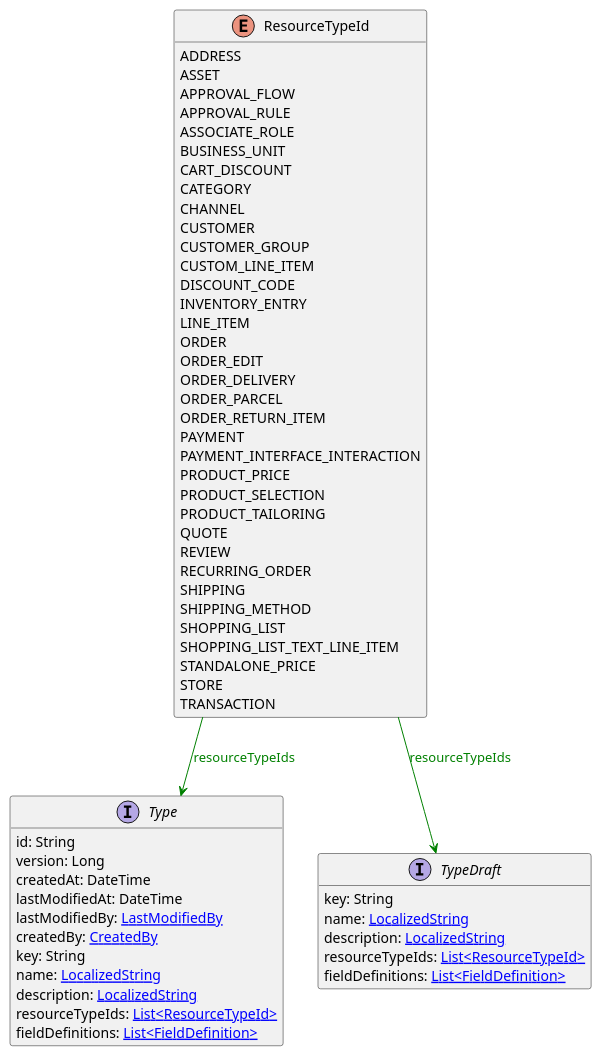
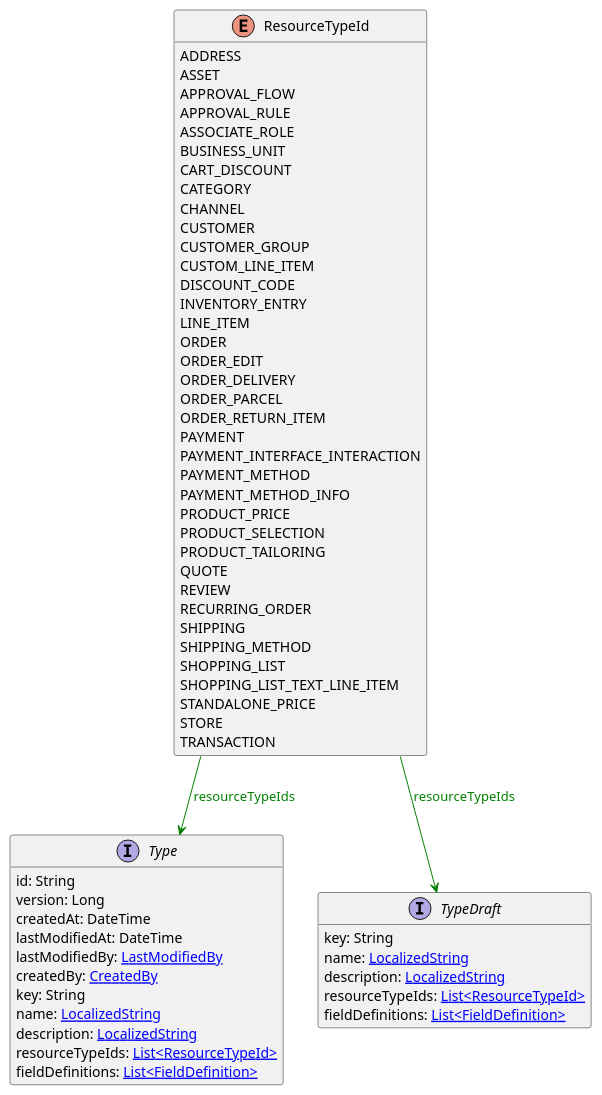
The diagram in uml/api/ResourceTypeId.puml (commercetools/commercetools-api-reference), drawn with PlantUML before and after one commit. The commit also changed 2 other files, not shown here.

```diff
--- a/uml/api/ResourceTypeId.puml
+++ b/uml/api/ResourceTypeId.puml
@@ -1,63 +1,65 @@
 @startuml
 
 hide methods
 enum ResourceTypeId {
     ADDRESS
     ASSET
     APPROVAL_FLOW
     APPROVAL_RULE
     ASSOCIATE_ROLE
     BUSINESS_UNIT
     CART_DISCOUNT
     CATEGORY
     CHANNEL
     CUSTOMER
     CUSTOMER_GROUP
     CUSTOM_LINE_ITEM
     DISCOUNT_CODE
     INVENTORY_ENTRY
     LINE_ITEM
     ORDER
     ORDER_EDIT
     ORDER_DELIVERY
     ORDER_PARCEL
     ORDER_RETURN_ITEM
     PAYMENT
     PAYMENT_INTERFACE_INTERACTION
+    PAYMENT_METHOD
+    PAYMENT_METHOD_INFO
     PRODUCT_PRICE
     PRODUCT_SELECTION
     PRODUCT_TAILORING
     QUOTE
     REVIEW
     RECURRING_ORDER
     SHIPPING
     SHIPPING_METHOD
     SHOPPING_LIST
     SHOPPING_LIST_TEXT_LINE_ITEM
     STANDALONE_PRICE
     STORE
     TRANSACTION
 }
 interface Type [[Type.svg]]  {
     id: String
     version: Long
     createdAt: DateTime
     lastModifiedAt: DateTime
     lastModifiedBy: [[LastModifiedBy.svg LastModifiedBy]]
     createdBy: [[CreatedBy.svg CreatedBy]]
     key: String
     name: [[LocalizedString.svg LocalizedString]]
     description: [[LocalizedString.svg LocalizedString]]
     resourceTypeIds: [[ResourceTypeId.svg List<ResourceTypeId>]]
     fieldDefinitions: [[FieldDefinition.svg List<FieldDefinition>]]
 }
 interface TypeDraft [[TypeDraft.svg]]  {
     key: String
     name: [[LocalizedString.svg LocalizedString]]
     description: [[LocalizedString.svg LocalizedString]]
     resourceTypeIds: [[ResourceTypeId.svg List<ResourceTypeId>]]
     fieldDefinitions: [[FieldDefinition.svg List<FieldDefinition>]]
 }
 ResourceTypeId --> Type #green;text:green : "resourceTypeIds"
 ResourceTypeId --> TypeDraft #green;text:green : "resourceTypeIds"
 @enduml
```
